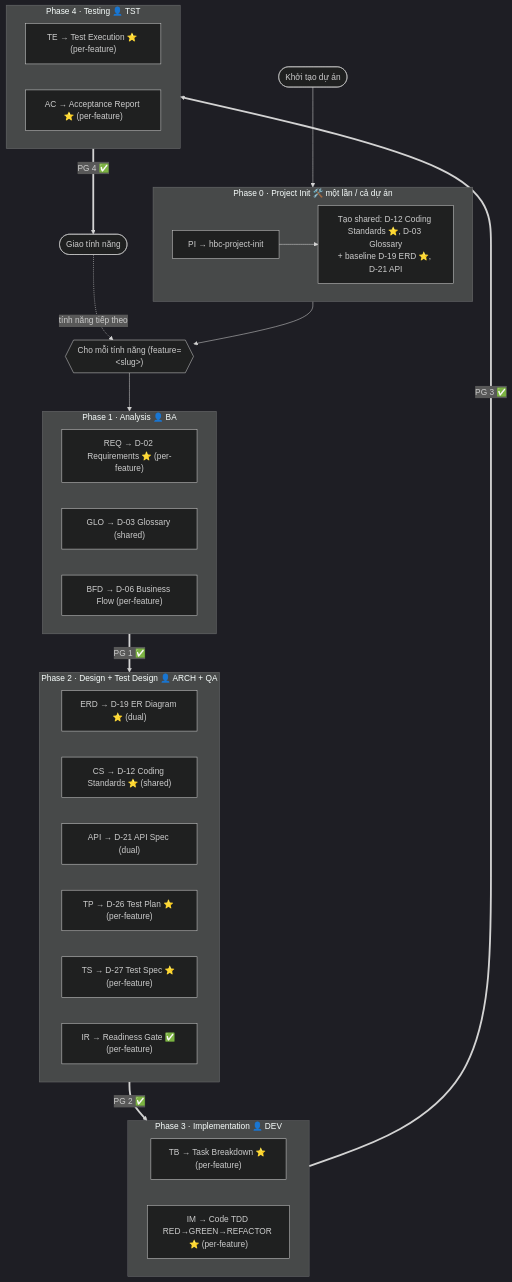
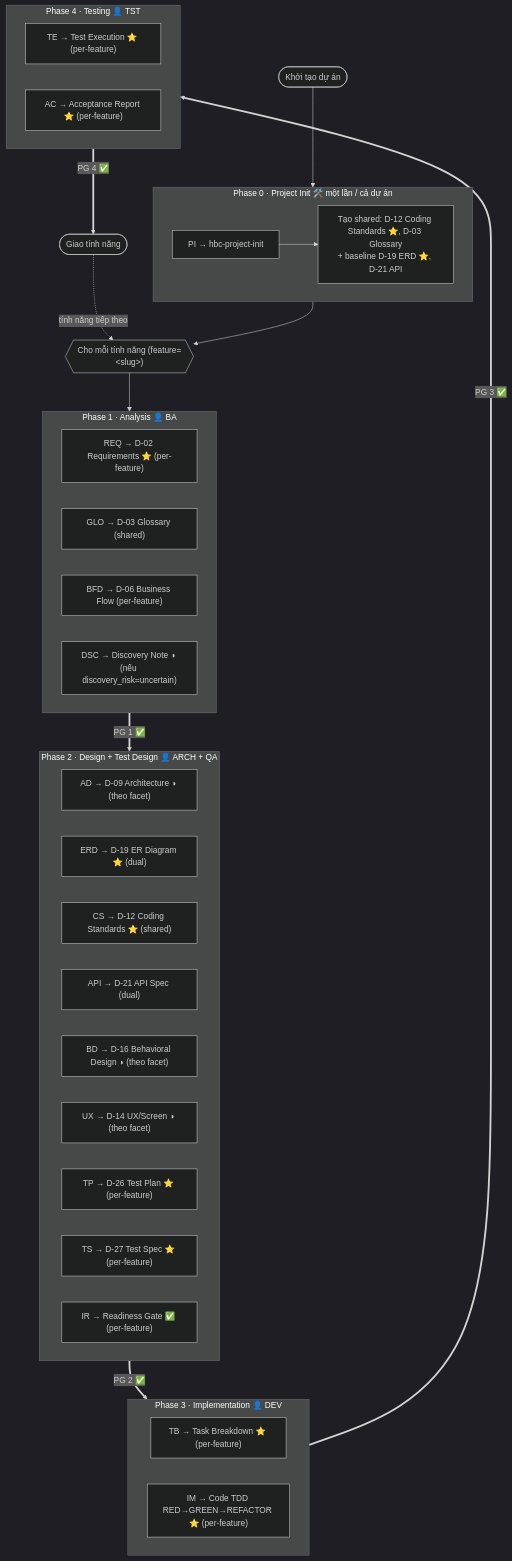
Before and after one commit to hanh9898/waterfall-bmad-method: the first of 2 diagrams in docs/vi/tutorials/workflow-map.md, drawn with Mermaid (dark theme). The commit also changed other lines of this file and 52 other files, not shown here.

First line of the commit message:
feat(hbc): discovery-spike [DSC] + D-code reconcile + gate P1-11 + bilingual docs

````diff
--- a/docs/vi/tutorials/workflow-map.md
+++ b/docs/vi/tutorials/workflow-map.md
@@ -17,45 +17,49 @@
 ```mermaid
 flowchart TD
     INIT([Khởi tạo dự án]) --> P0
 
     subgraph P0["Phase 0 · Project Init 🛠️ một lần / cả dự án"]
         PI["PI → hbc-project-init"]
         PISHARED["Tạo shared: D-12 Coding Standards ⭐, D-03 Glossary<br/>+ baseline D-19 ERD ⭐, D-21 API"]
         PI --> PISHARED
     end
 
     P0 --> LOOP{{"Cho mỗi tính năng (feature=&lt;slug&gt;)"}}
 
     LOOP --> P1
 
     subgraph P1["Phase 1 · Analysis 👤 BA"]
         REQ["REQ → D-02 Requirements ⭐ (per-feature)"]
         GLO["GLO → D-03 Glossary (shared)"]
         BFD["BFD → D-06 Business Flow (per-feature)"]
+        DSC["DSC → Discovery Note ◑ (nếu discovery_risk=uncertain)"]
     end
 
     subgraph P2["Phase 2 · Design + Test Design 👤 ARCH + QA"]
+        AD["AD → D-09 Architecture ◑ (theo facet)"]
         ERD["ERD → D-19 ER Diagram ⭐ (dual)"]
         CS["CS → D-12 Coding Standards ⭐ (shared)"]
         API["API → D-21 API Spec (dual)"]
+        BD["BD → D-16 Behavioral Design ◑ (theo facet)"]
+        UX["UX → D-14 UX/Screen ◑ (theo facet)"]
         TP["TP → D-26 Test Plan ⭐ (per-feature)"]
         TS["TS → D-27 Test Spec ⭐ (per-feature)"]
         IR["IR → Readiness Gate ✅ (per-feature)"]
     end
 
     subgraph P3["Phase 3 · Implementation 👤 DEV"]
         TB["TB → Task Breakdown ⭐ (per-feature)"]
         IM["IM → Code TDD RED→GREEN→REFACTOR ⭐ (per-feature)"]
     end
 
     subgraph P4["Phase 4 · Testing 👤 TST"]
         TE["TE → Test Execution ⭐ (per-feature)"]
         AC["AC → Acceptance Report ⭐ (per-feature)"]
     end
 
     P1 ==>|PG 1 ✅| P2
     P2 ==>|PG 2 ✅| P3
     P3 ==>|PG 3 ✅| P4
     P4 ==>|PG 4 ✅| SHIP([Giao tính năng])
     SHIP -.->|tính năng tiếp theo| LOOP
 ```
````
